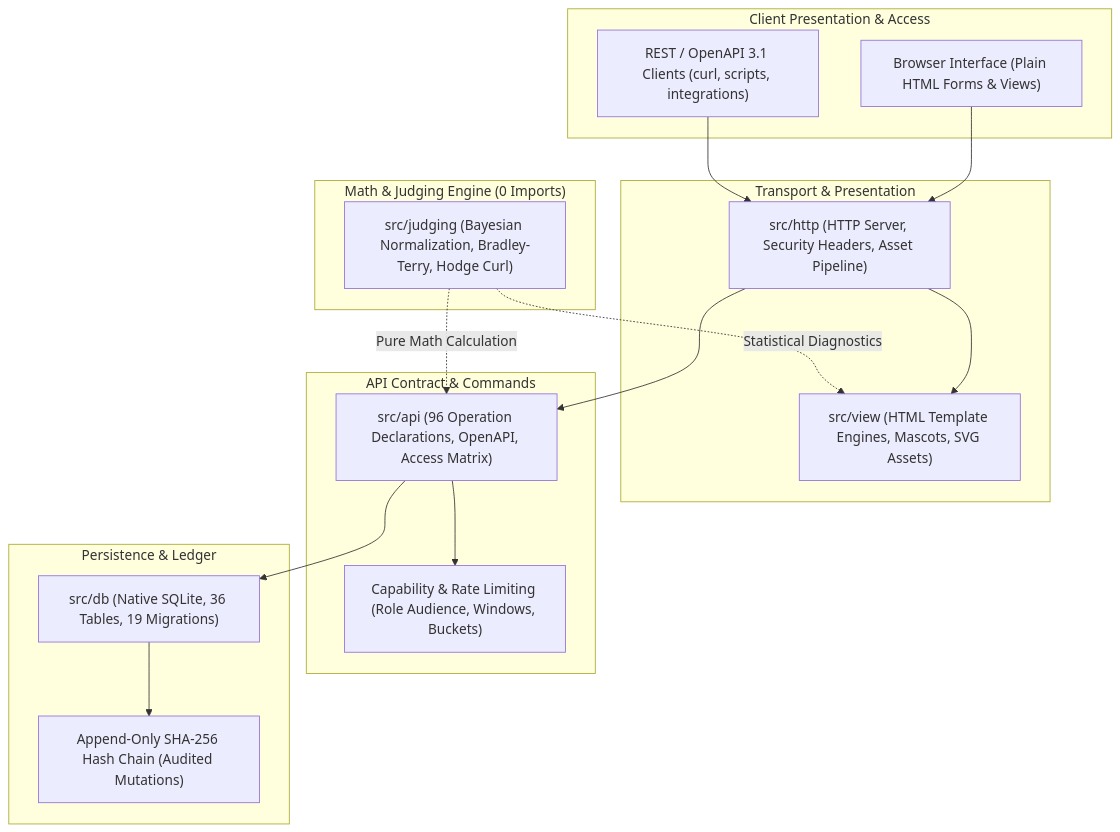
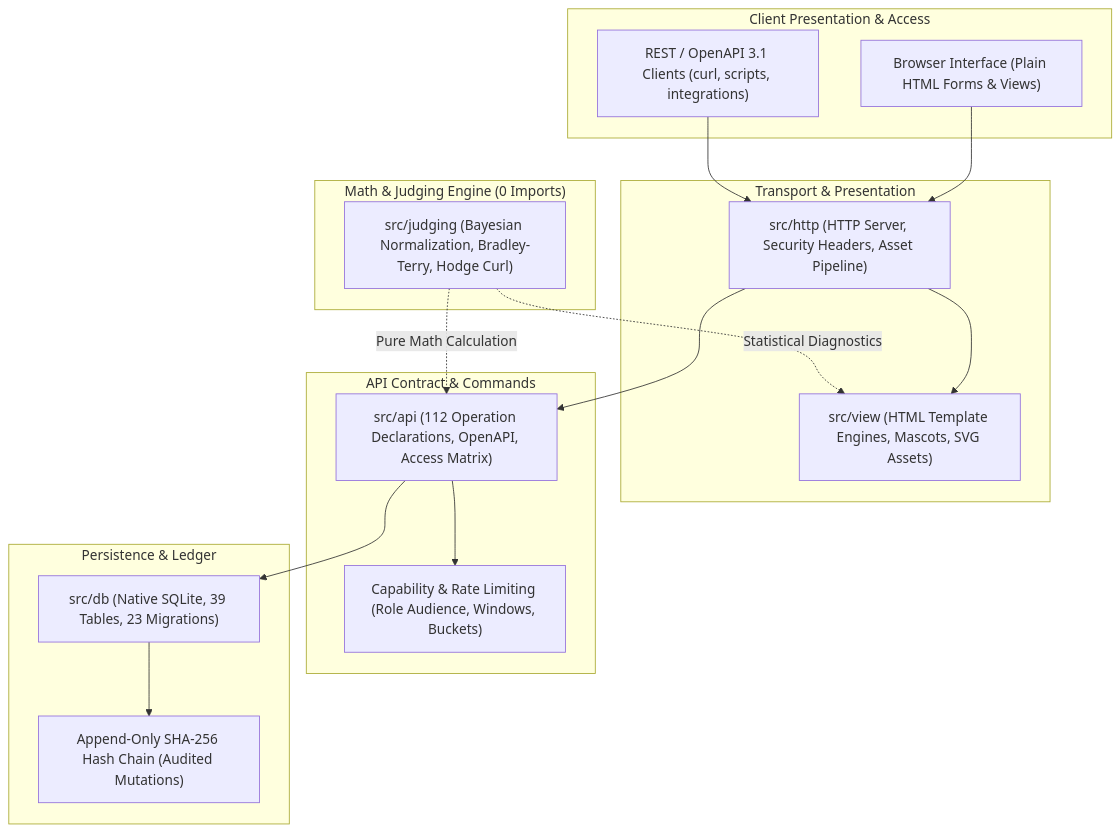
Before and after one commit to ewwhardik/manak: the first of 2 diagrams in docs/ARCHITECTURE.md, drawn with Mermaid. The commit also changed other lines of this file and 57 other files, not shown here.

````diff
--- a/docs/ARCHITECTURE.md
+++ b/docs/ARCHITECTURE.md
@@ -16,36 +16,36 @@
 ```mermaid
 flowchart TD
   subgraph Client ["Client Presentation & Access"]
     Browser["Browser Interface (Plain HTML Forms & Views)"]
     APIClient["REST / OpenAPI 3.1 Clients (curl, scripts, integrations)"]
   end
 
   subgraph PresentationLayer ["Transport & Presentation"]
     HTTP["src/http (HTTP Server, Security Headers, Asset Pipeline)"]
     VIEW["src/view (HTML Template Engines, Mascots, SVG Assets)"]
   end
 
   subgraph APILayer ["API Contract & Commands"]
-    API["src/api (96 Operation Declarations, OpenAPI, Access Matrix)"]
+    API["src/api (112 Operation Declarations, OpenAPI, Access Matrix)"]
     CAP["Capability & Rate Limiting (Role Audience, Windows, Buckets)"]
   end
 
   subgraph StorageLayer ["Persistence & Ledger"]
-    DB["src/db (Native SQLite, 36 Tables, 19 Migrations)"]
+    DB["src/db (Native SQLite, 39 Tables, 23 Migrations)"]
     LEDGER["Append-Only SHA-256 Hash Chain (Audited Mutations)"]
   end
 
   subgraph EngineLayer ["Math & Judging Engine (0 Imports)"]
     JUDGE["src/judging (Bayesian Normalization, Bradley-Terry, Hodge Curl)"]
   end
 
   Browser --> HTTP
   APIClient --> HTTP
   HTTP --> API
   HTTP --> VIEW
   API --> CAP
   API --> DB
   DB --> LEDGER
   JUDGE -.->|"Pure Math Calculation"| API
   JUDGE -.->|"Statistical Diagnostics"| VIEW
 ```
````
